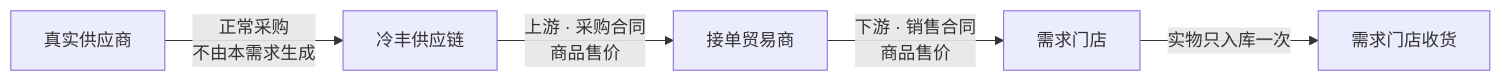
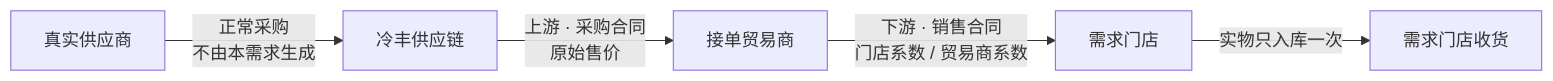
Before and after one commit to 342-droid/LFerp: the first of 4 diagrams in RBT/docs/需求复核后单据方案.md, drawn with Mermaid. The commit also changed other lines of this file and 7 other files, not shown here.

````diff
--- a/RBT/docs/需求复核后单据方案.md
+++ b/RBT/docs/需求复核后单据方案.md
@@ -18,7 +18,7 @@
 ```mermaid
 flowchart LR
   A[真实供应商] -->|正常采购<br/>不由本需求生成| B[冷丰供应链]
-  B -->|上游 · 采购合同<br/>商品售价| C[接单贸易商]
-  C -->|下游 · 销售合同<br/>商品售价| D[需求门店]
+  B -->|上游 · 采购合同<br/>原始售价| C[接单贸易商]
+  C -->|下游 · 销售合同<br/>门店系数 / 贸易商系数| D[需求门店]
   D -->|实物只入库一次| E[需求门店收货]
 ```
````
